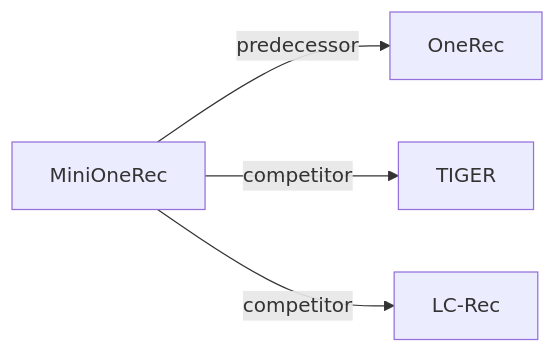
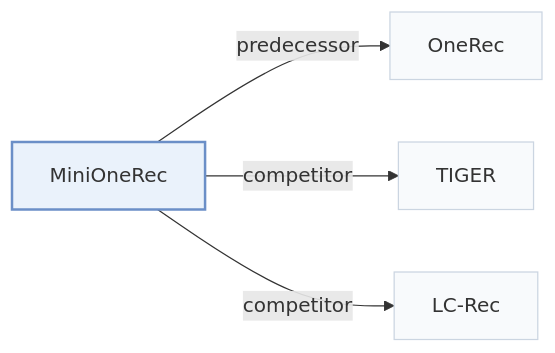
Before and after one commit to Galaxy-ghost/Awesome-SID-Generative-Rec: the third of 3 diagrams in pages/papers/minionerec.md, drawn with Mermaid. The commit also changed other lines of this file and 649 other files, not shown here.

Commit message:
writer-05: also tags and modality index (schema, check, build, visuals); summary field removed; calibration data for 12 papers

````diff
--- a/pages/papers/minionerec.md
+++ b/pages/papers/minionerec.md
@@ -127,7 +141,11 @@
 ```mermaid
 flowchart LR
     P["MiniOneRec"]
-    P -->|predecessor| A["OneRec"]
-    P -->|competitor| B["TIGER"]
-    P -->|competitor| C["LC-Rec"]
+    P -->|"predecessor"| A["OneRec"]
+    P -->|"competitor"| B["TIGER"]
+    P -->|"competitor"| C["LC-Rec"]
+    classDef main fill:#eaf2fb,stroke:#6b8fc7,stroke-width:2px
+    classDef peer fill:#f8fafc,stroke:#cbd5e1
+    class P main
+    class A,B,C peer
 ```
````
